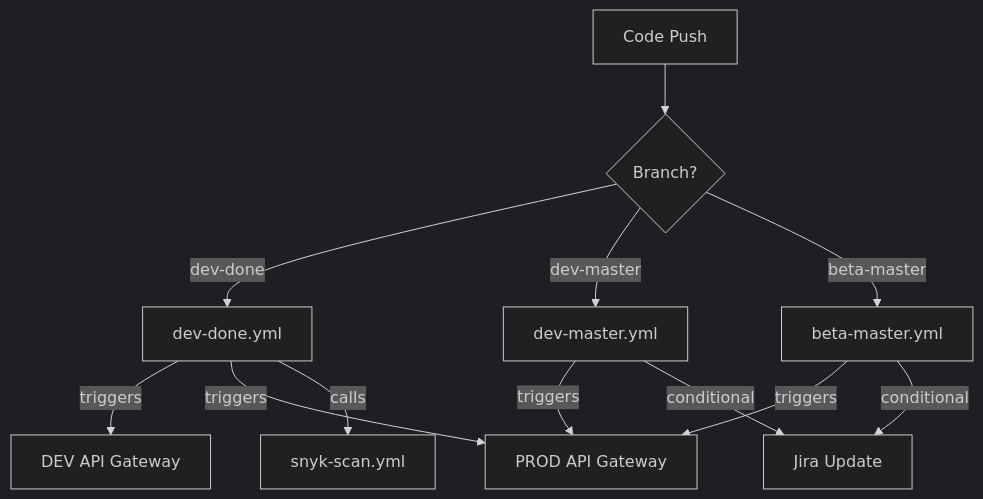
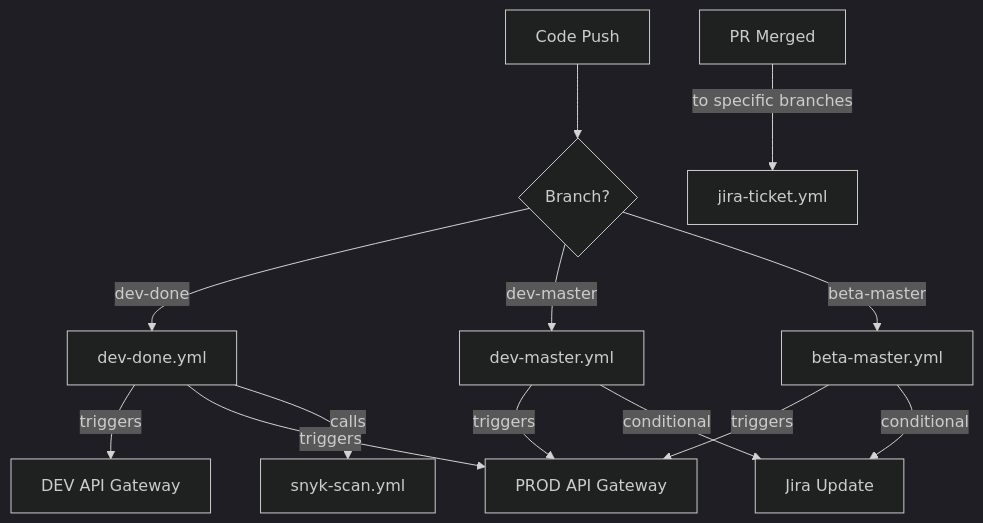
The diagram in README.md (snipesa/bitbucket-github-migration), drawn with Mermaid (dark theme) before and after one commit. The commit also changed other lines of this file and 5 other files, not shown here.

````diff
--- a/README.md
+++ b/README.md
@@ -34,17 +35,19 @@
 ```mermaid
 graph TD
     A[Code Push] --> B{Branch?}
     B -->|dev-done| C[dev-done.yml]
     B -->|dev-master| D[dev-master.yml]
     B -->|beta-master| E[beta-master.yml]
     
     C -->|triggers| F[DEV API Gateway]
     C -->|triggers| G[PROD API Gateway]
     C -->|calls| H[snyk-scan.yml]
     
     D -->|triggers| G
     D -->|conditional| I[Jira Update]
     
     E -->|triggers| G
     E -->|conditional| I
+    
+    J[PR Merged] -->|to specific branches| K[jira-ticket.yml]
 ```
````
